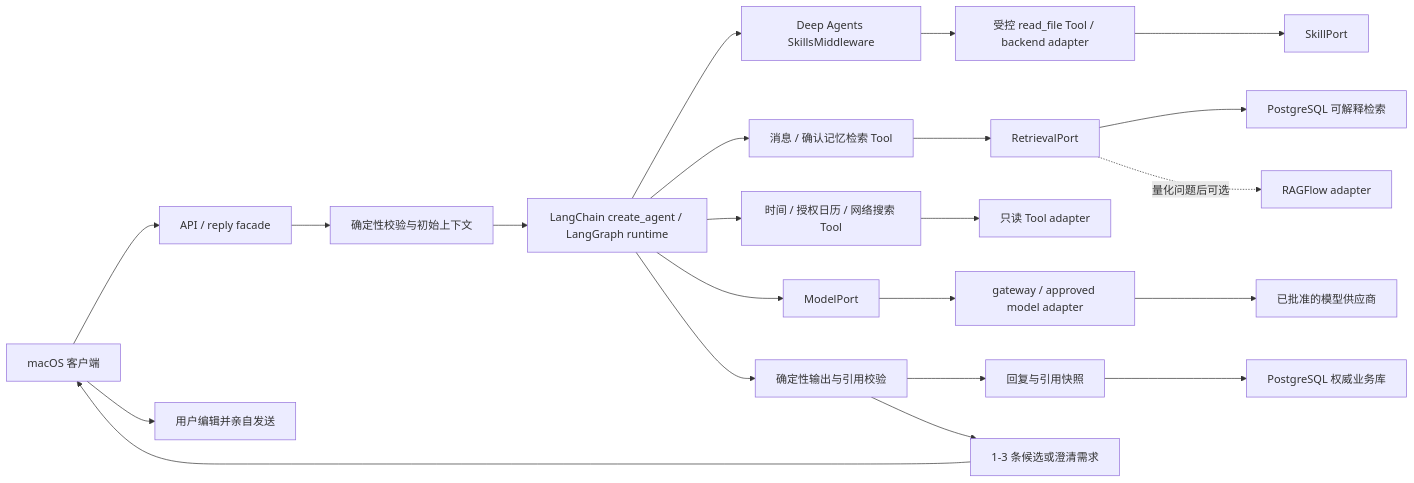
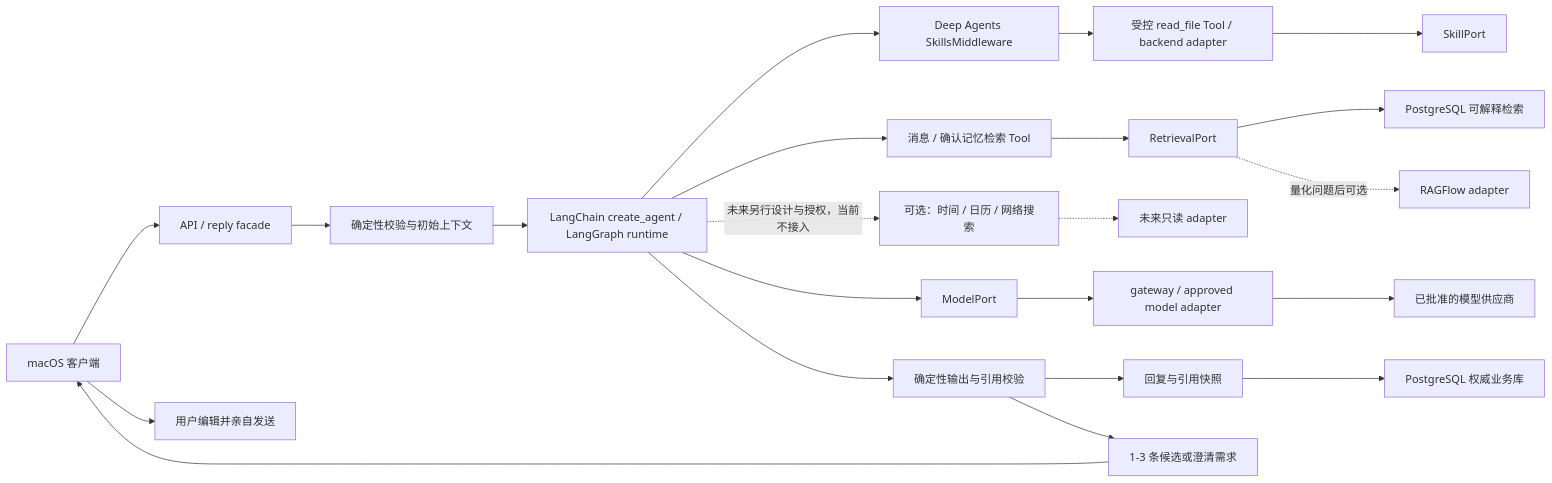
One commit to Aqua-ava/NotAlone changed the first of 2 diagrams in architecture/drafts/agent-runtime.md. Above: the diagram before and after it, drawn with Mermaid. The commit also changed other lines of this file and 6 other files, not shown here.

````diff
--- a/architecture/drafts/agent-runtime.md
+++ b/architecture/drafts/agent-runtime.md
@@ -72,28 +72,28 @@
 ```mermaid
 flowchart LR
     Client["macOS 客户端"] --> API["API / reply facade"]
     API --> Scope["确定性校验与初始上下文"]
     Scope --> Agent["LangChain create_agent / LangGraph runtime"]
 
     Agent --> SkillMiddleware["Deep Agents SkillsMiddleware"]
     SkillMiddleware --> SkillRead["受控 read_file Tool / backend adapter"]
     SkillRead --> SkillPort["SkillPort"]
     Agent --> SearchTools["消息 / 确认记忆检索 Tool"]
     SearchTools --> RetrievalPort["RetrievalPort"]
     RetrievalPort --> PgRetriever["PostgreSQL 可解释检索"]
     RetrievalPort -. "量化问题后可选" .-> Ragflow["RAGFlow adapter"]
 
-    Agent --> RuntimeTools["时间 / 授权日历 / 网络搜索 Tool"]
-    RuntimeTools --> ExternalAdapters["只读 Tool adapter"]
+    Agent -. "未来另行设计与授权，当前不接入" .-> RuntimeTools["可选：时间 / 日历 / 网络搜索"]
+    RuntimeTools -.-> ExternalAdapters["未来只读 adapter"]
 
     Agent --> ModelPort["ModelPort"]
     ModelPort --> Gateway["gateway / approved model adapter"]
     Gateway --> Provider["已批准的模型供应商"]
 
     Agent --> Validate["确定性输出与引用校验"]
     Validate --> Trace["回复与引用快照"]
     Trace --> Postgres["PostgreSQL 权威业务库"]
     Validate --> Result["1-3 条候选或澄清需求"]
     Result --> Client
     Client --> Manual["用户编辑并亲自发送"]
 ```
````
